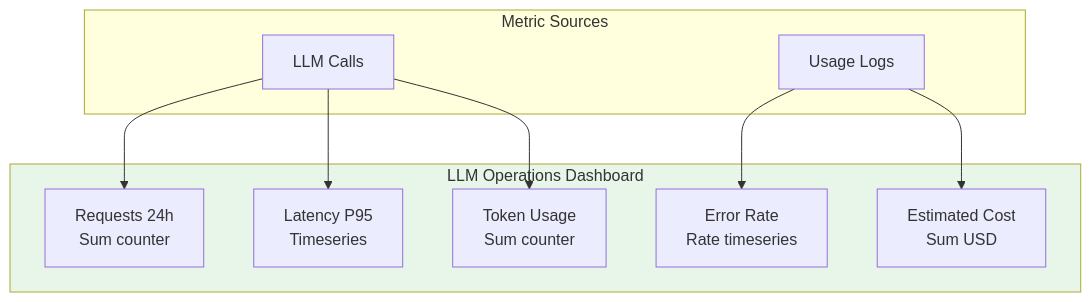
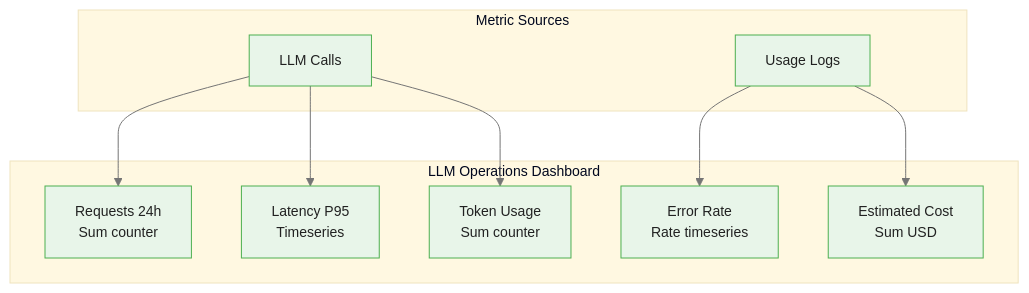
Before and after one commit to m-deane/course-creator: the second of 4 diagrams in courses/dataiku-genai/modules/module_04_deployment/guides/01_deployment_monitoring_slides.md, drawn with Mermaid. The commit also changed other lines of this file and 54 other files, not shown here.

````diff
--- a/courses/dataiku-genai/modules/module_04_deployment/guides/01_deployment_monitoring_slides.md
+++ b/courses/dataiku-genai/modules/module_04_deployment/guides/01_deployment_monitoring_slides.md
@@ -188,23 +187,22 @@
 ```mermaid
+%%{init: {"theme": "base", "themeVariables": {"primaryColor": "#e8f5e9", "primaryBorderColor": "#4caf50", "primaryTextColor": "#212121", "secondaryColor": "#e3f2fd", "tertiaryColor": "#fff8e1", "lineColor": "#757575", "fontFamily": "Inter, sans-serif", "fontSize": "14px"}}}%%
 graph TB
     subgraph Dashboard[LLM Operations Dashboard]
         T1[Requests 24h<br/>Sum counter]
         T2[Latency P95<br/>Timeseries]
         T3[Token Usage<br/>Sum counter]
         T4[Error Rate<br/>Rate timeseries]
         T5[Estimated Cost<br/>Sum USD]
     end
 
     subgraph Sources[Metric Sources]
         LLM[LLM Calls]
         LOG[Usage Logs]
     end
 
     LLM --> T1
     LLM --> T2
     LLM --> T3
     LOG --> T4
     LOG --> T5
-
-    style Dashboard fill:#e8f5e9
 ```
````
